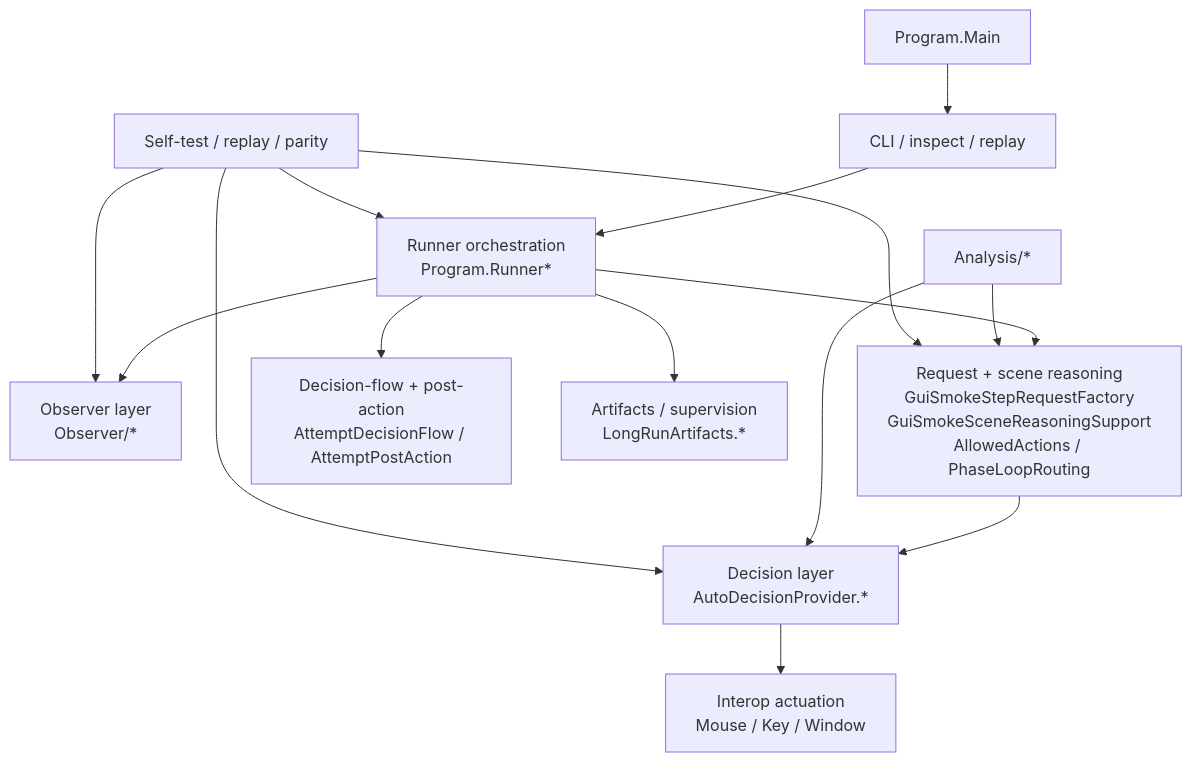
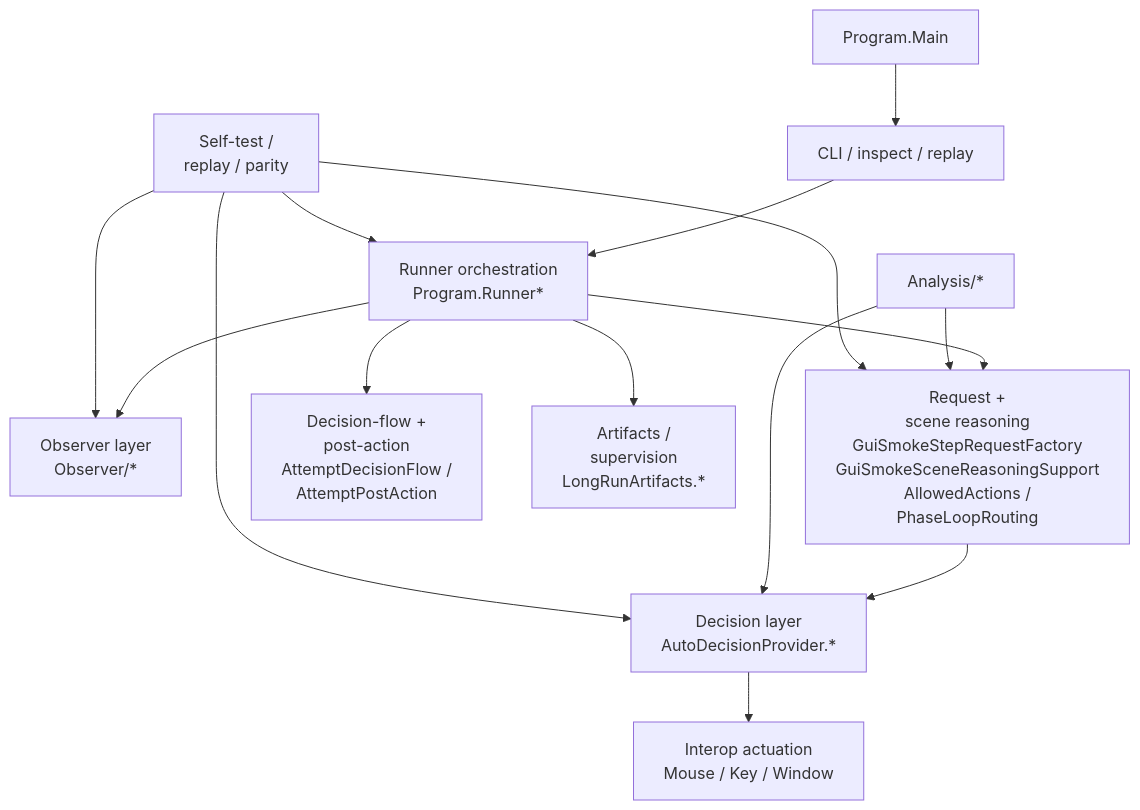
Before and after one commit to jidon333/STS2_Mod_AI_Companion: the second of 4 diagrams in docs/reference/harness/GUI_SMOKE_HARNESS_REFACTOR_BEFORE_AFTER.md, drawn with Mermaid. The commit also changed other lines of this file and 4 other files, not shown here.

Commit message:
Improve Mermaid readability in harness docs

````diff
--- a/docs/reference/harness/GUI_SMOKE_HARNESS_REFACTOR_BEFORE_AFTER.md
+++ b/docs/reference/harness/GUI_SMOKE_HARNESS_REFACTOR_BEFORE_AFTER.md
@@ -47,20 +47,20 @@
 ```mermaid
 flowchart TD
     A["Program.Main"] --> B["CLI / inspect / replay"]
     B --> C["Runner orchestration<br/>Program.Runner*"]
 
     C --> D["Observer layer<br/>Observer/*"]
-    C --> E["Request + scene reasoning<br/>GuiSmokeStepRequestFactory<br/>GuiSmokeSceneReasoningSupport<br/>AllowedActions / PhaseLoopRouting"]
+    C --> E["Request +<br/>scene reasoning<br/>GuiSmokeStepRequestFactory<br/>GuiSmokeSceneReasoningSupport<br/>AllowedActions /<br/>PhaseLoopRouting"]
     E --> F["Decision layer<br/>AutoDecisionProvider.*"]
     F --> G["Interop actuation<br/>Mouse / Key / Window"]
-    C --> H["Decision-flow + post-action<br/>AttemptDecisionFlow / AttemptPostAction"]
-    C --> I["Artifacts / supervision<br/>LongRunArtifacts.*"]
+    C --> H["Decision-flow +<br/>post-action<br/>AttemptDecisionFlow /<br/>AttemptPostAction"]
+    C --> I["Artifacts /<br/>supervision<br/>LongRunArtifacts.*"]
 
     J["Analysis/*"] --> E
     J --> F
 
-    K["Self-test / replay / parity"] --> D
+    K["Self-test /<br/>replay / parity"] --> D
     K --> E
     K --> F
     K --> C
 ```
````
